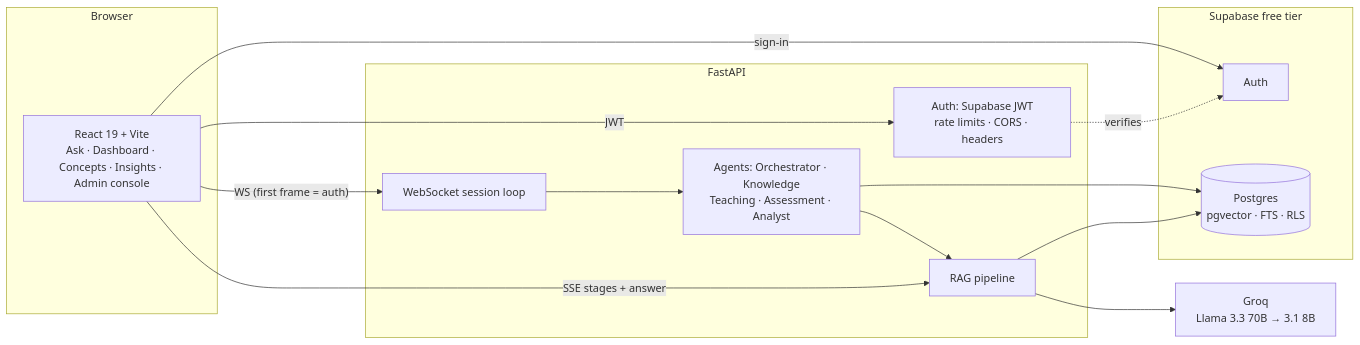
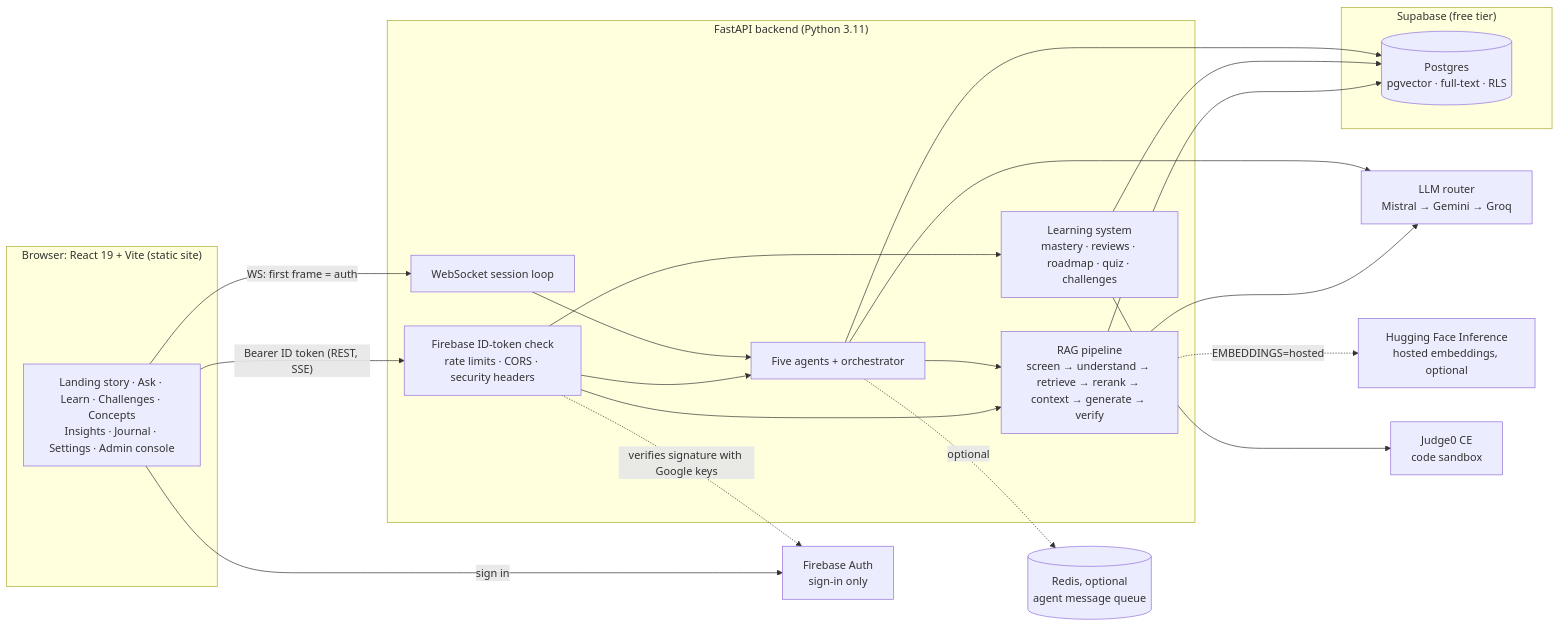
One commit to NikhilMamilla/AI-Orchestrator changed the first of 2 diagrams in Production-Core/docs/ARCHITECTURE.md. Above: the diagram before and after it, drawn with Mermaid. The commit also changed other lines of this file and 17 other files, not shown here.

Commit message:
Docs: rewrite ARCHITECTURE and SECURITY, add FRONTEND, bring README, SETUP, RAG, LEARNING, DEMO, agents and ASSET-TODO in line with the code

````diff
--- a/Production-Core/docs/ARCHITECTURE.md
+++ b/Production-Core/docs/ARCHITECTURE.md
@@ -7,26 +13,36 @@
 ```mermaid
 flowchart LR
-    subgraph Browser
-      UI[React 19 + Vite<br/>Ask · Dashboard · Concepts · Insights · Admin console]
+    subgraph Browser["Browser: React 19 + Vite (static site)"]
+      UI[Landing story · Ask · Learn · Challenges · Concepts<br/>Insights · Journal · Settings · Admin console]
     end
-    subgraph API[FastAPI]
-      SEC[Auth: Supabase JWT<br/>rate limits · CORS · headers]
-      RAG[RAG pipeline]
-      AG[Agents: Orchestrator · Knowledge<br/>Teaching · Assessment · Analyst]
+    subgraph API["FastAPI backend (Python 3.11)"]
+      SEC[Firebase ID-token check<br/>rate limits · CORS · security headers]
+      RAG[RAG pipeline<br/>screen → understand → retrieve → rerank → context → generate → verify]
+      LRN[Learning system<br/>mastery · reviews · roadmap · quiz · challenges]
+      AG[Five agents + orchestrator]
       WS[WebSocket session loop]
     end
-    subgraph Supabase[Supabase free tier]
-      AUTH[Auth]
-      PG[(Postgres<br/>pgvector · FTS · RLS)]
+    FB[Firebase Auth<br/>sign-in only]
+    subgraph SB["Supabase (free tier)"]
+      PG[(Postgres<br/>pgvector · full-text · RLS)]
     end
-    LLM[Groq<br/>Llama 3.3 70B → 3.1 8B]
-    UI -- JWT --> SEC
-    UI -- SSE stages + answer --> RAG
-    UI -- WS (first frame = auth) --> WS
+    LLM[LLM router<br/>Mistral → Gemini → Groq]
+    HF[Hugging Face Inference<br/>hosted embeddings, optional]
+    J0[Judge0 CE<br/>code sandbox]
+    RD[(Redis, optional<br/>agent message queue)]
+
+    UI -- sign in --> FB
+    UI -- "Bearer ID token (REST, SSE)" --> SEC
+    UI -- "WS: first frame = auth" --> WS
+    SEC -. verifies signature with Google keys .-> FB
+    SEC --> RAG & LRN & AG
     WS --> AG --> RAG
-    SEC -. verifies .-> AUTH
     RAG --> PG
+    LRN --> PG
+    AG --> PG
     RAG --> LLM
-    AG --> PG
-    UI -- sign-in --> AUTH
+    AG --> LLM
+    RAG -. EMBEDDINGS=hosted .-> HF
+    LRN --> J0
+    AG -. optional .-> RD
 ```
````
